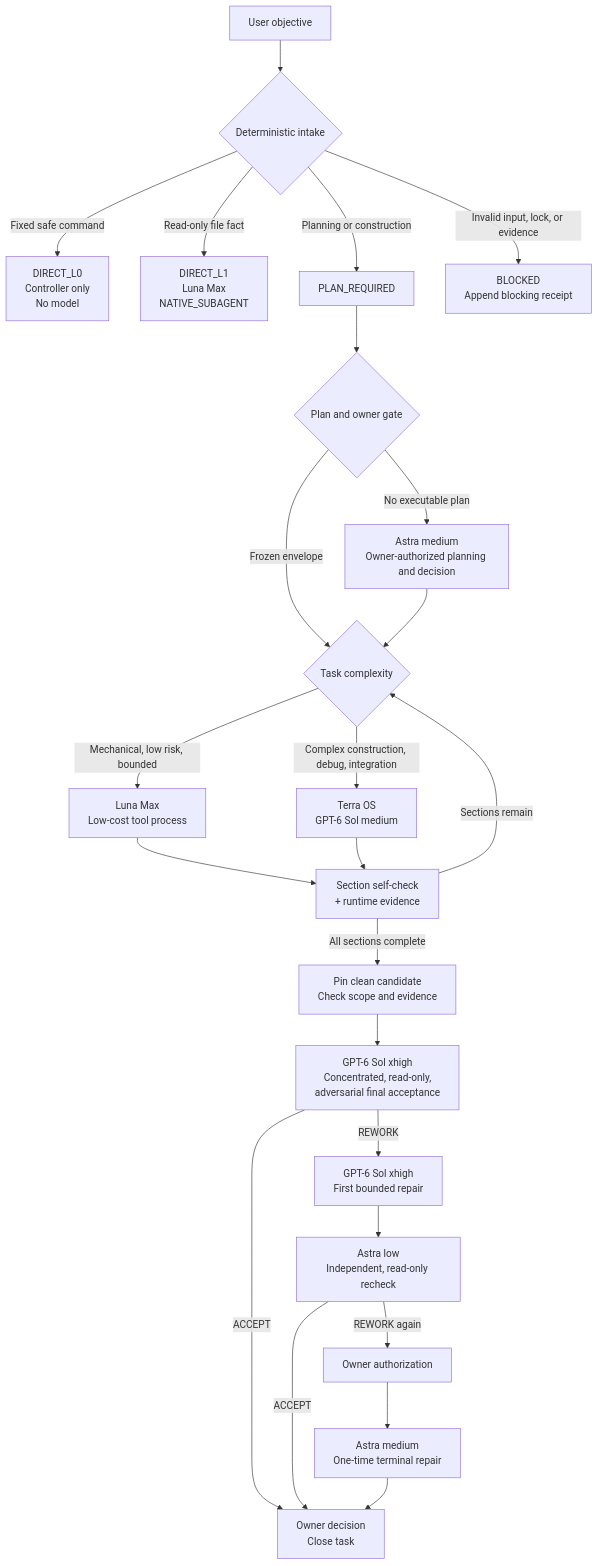
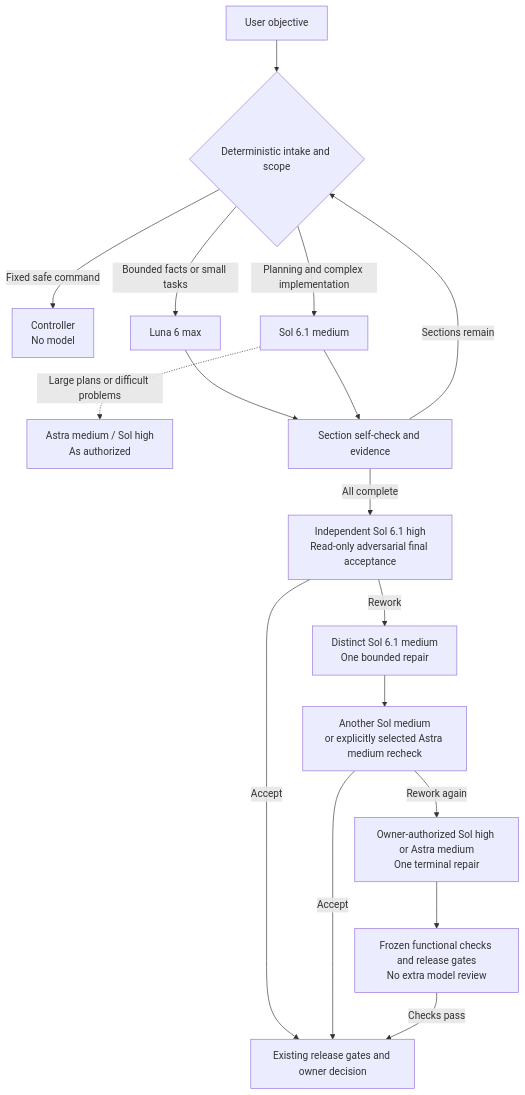
Before and after one commit to New2taste/codex-team: the diagram in README.en.md, drawn with Mermaid. The commit also changed other lines of this file and 55 other files, not shown here.

Commit message:
feat(workflow): rebalance Sol 6.1 and Astra roles

````diff
--- a/README.en.md
+++ b/README.en.md
@@ -44,27 +43,19 @@
 ```mermaid
 flowchart TD
-    A[User objective] --> B{Deterministic intake}
-    B -->|Fixed safe command| C[DIRECT_L0<br/>Controller only<br/>No model]
-    B -->|Read-only file fact| D[DIRECT_L1<br/>Luna Max<br/>NATIVE_SUBAGENT]
-    B -->|Planning or construction| E[PLAN_REQUIRED]
-    B -->|Invalid input, lock, or evidence| X[BLOCKED<br/>Append blocking receipt]
-
-    E --> F{Plan and owner gate}
-    F -->|No executable plan| G[Astra medium<br/>Owner-authorized planning and decision]
-    F -->|Frozen envelope| H{Task complexity}
-    G --> H
-    H -->|Mechanical, low risk, bounded| I[Luna Max<br/>Low-cost tool process]
-    H -->|Complex construction, debug, integration| J[Terra OS<br/>GPT-6 Sol medium]
-    I --> K[Section self-check<br/>+ runtime evidence]
-    J --> K
-    K -->|Sections remain| H
-    K -->|All sections complete| L[Pin clean candidate<br/>Check scope and evidence]
-    L --> M[GPT-6 Sol xhigh<br/>Concentrated, read-only,<br/>adversarial final acceptance]
-    M -->|ACCEPT| N[Owner decision<br/>Close task]
-    M -->|REWORK| O[GPT-6 Sol xhigh<br/>First bounded repair]
-    O --> P[Astra low<br/>Independent, read-only recheck]
-    P -->|ACCEPT| N
-    P -->|REWORK again| Q[Owner authorization]
-    Q --> R[Astra medium<br/>One-time terminal repair]
-    R --> N
+    A[User objective] --> B{Deterministic intake and scope}
+    B -->|Fixed safe command| C[Controller<br/>No model]
+    B -->|Bounded facts or small tasks| D[Luna 6 max]
+    B -->|Planning and complex implementation| E[Sol 6.1 medium]
+    E -. Large plans or difficult problems .-> F[Astra medium / Sol high<br/>As authorized]
+    D --> G[Section self-check and evidence]
+    E --> G
+    G -->|Sections remain| B
+    G -->|All complete| H[Independent Sol 6.1 high<br/>Read-only adversarial final acceptance]
+    H -->|Accept| I[Existing release gates and owner decision]
+    H -->|Rework| J[Distinct Sol 6.1 medium<br/>One bounded repair]
+    J --> K[Another Sol medium<br/>or explicitly selected Astra medium recheck]
+    K -->|Accept| I
+    K -->|Rework again| L[Owner-authorized Sol high or Astra medium<br/>One terminal repair]
+    L --> M[Frozen functional checks and release gates<br/>No extra model review]
+    M -->|Checks pass| I
 ```
````
